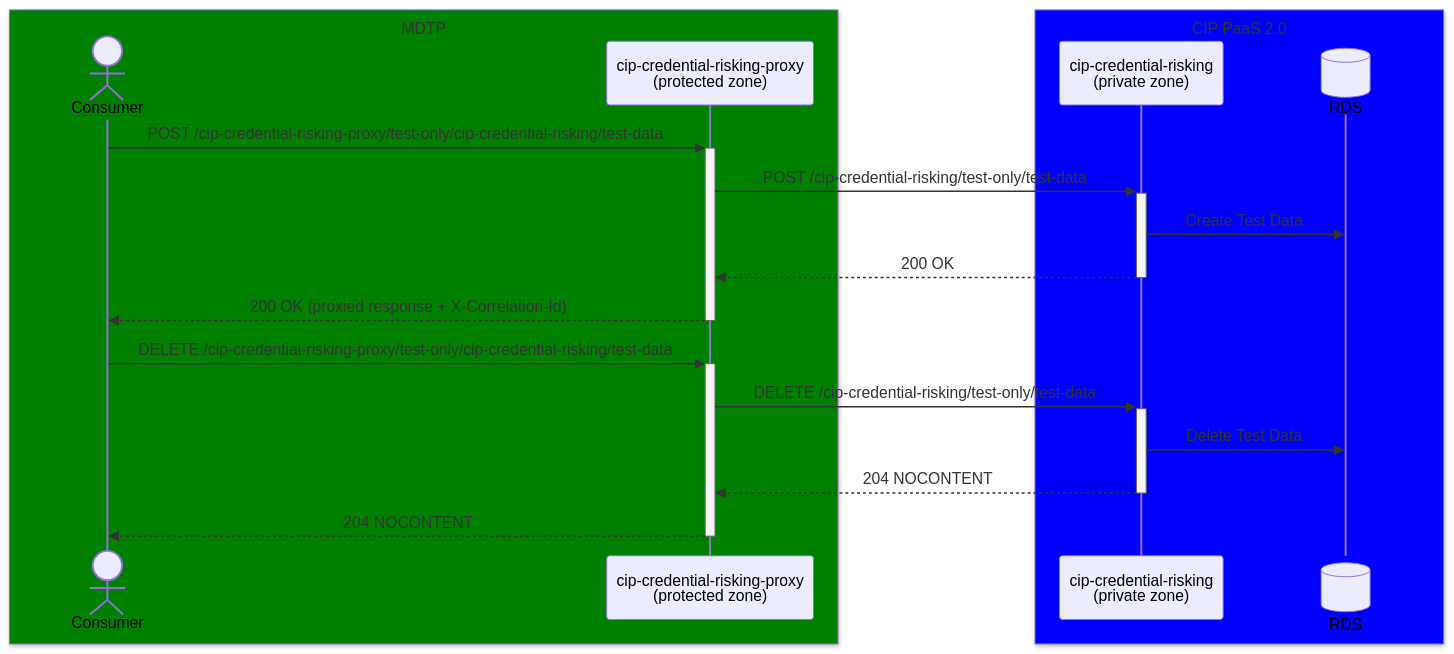
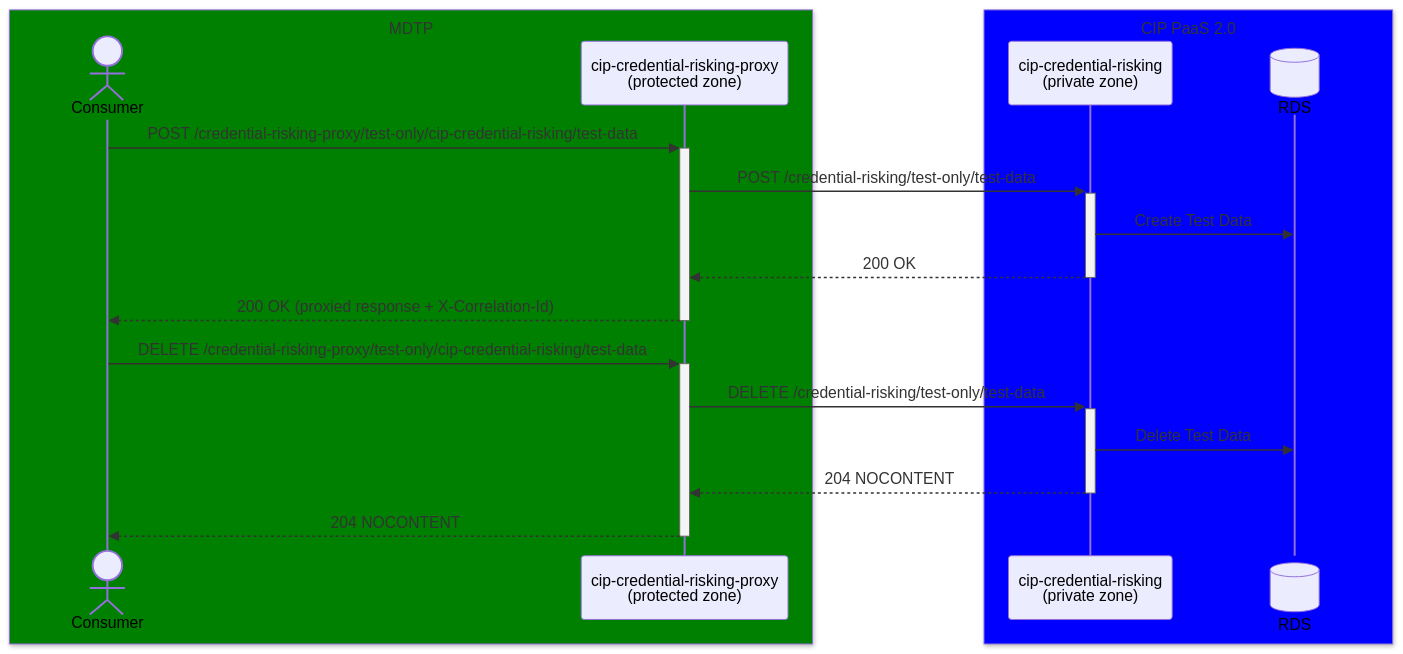
The second of 2 diagrams in README.md (hmrc/cip-credential-risking-proxy), drawn with Mermaid before and after one commit. The commit also changed other lines of this file, not shown here.

Commit message:
CIR-2970 Update mermaid sequence diagrams

````diff
--- a/README.md
+++ b/README.md
@@ -45,23 +45,23 @@
 ```mermaid
 sequenceDiagram  
     box Green MDTP 
     actor Consumer
     participant Proxy as cip-credential-risking-proxy<br/>(protected zone)
     end
     box Blue CIP PaaS 2.0
     participant Score as cip-credential-risking<br/>(private zone)
     participant RDS@{ "type" : "database" }
     end
 
-    Consumer->>+Proxy: POST /cip-credential-risking-proxy/test-only/cip-credential-risking/test-data
-    Proxy->>+Score: POST /cip-credential-risking/test-only/test-data
+    Consumer->>+Proxy: POST /credential-risking-proxy/test-only/cip-credential-risking/test-data
+    Proxy->>+Score: POST /credential-risking/test-only/test-data
     Score->>RDS: Create Test Data
     Score-->>-Proxy: 200 OK
     Proxy-->>-Consumer: 200 OK (proxied response + X-Correlation-Id)
 
-    Consumer->>+Proxy: DELETE /cip-credential-risking-proxy/test-only/cip-credential-risking/test-data
-    Proxy->>+Score: DELETE /cip-credential-risking/test-only/test-data
+    Consumer->>+Proxy: DELETE /credential-risking-proxy/test-only/cip-credential-risking/test-data
+    Proxy->>+Score: DELETE /credential-risking/test-only/test-data
     Score->>RDS: Delete Test Data
     Score-->>-Proxy: 204 NOCONTENT
     Proxy-->>-Consumer: 204 NOCONTENT
 ```
````
